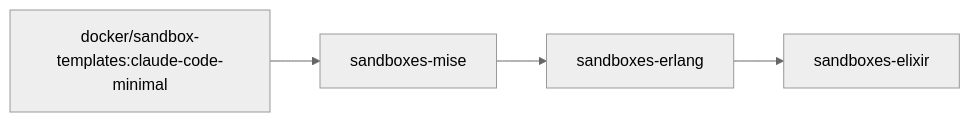
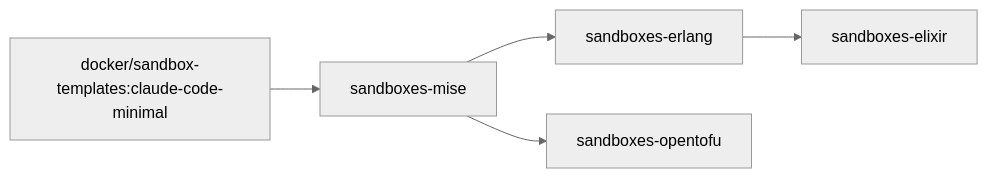
One commit to GRoguelon/sandboxes changed the diagram in README.md. Above: the diagram before and after it, drawn with Mermaid (neutral theme). The commit also changed other lines of this file and 5 other files, not shown here.

````diff
--- a/README.md
+++ b/README.md
@@ -17,6 +18,7 @@
 ```mermaid
 flowchart LR
   base["docker/sandbox-templates:claude-code-minimal"] --> mise["sandboxes-mise"]
   mise --> erlang["sandboxes-erlang"]
   erlang --> elixir["sandboxes-elixir"]
+  mise --> opentofu["sandboxes-opentofu"]
 ```
````
